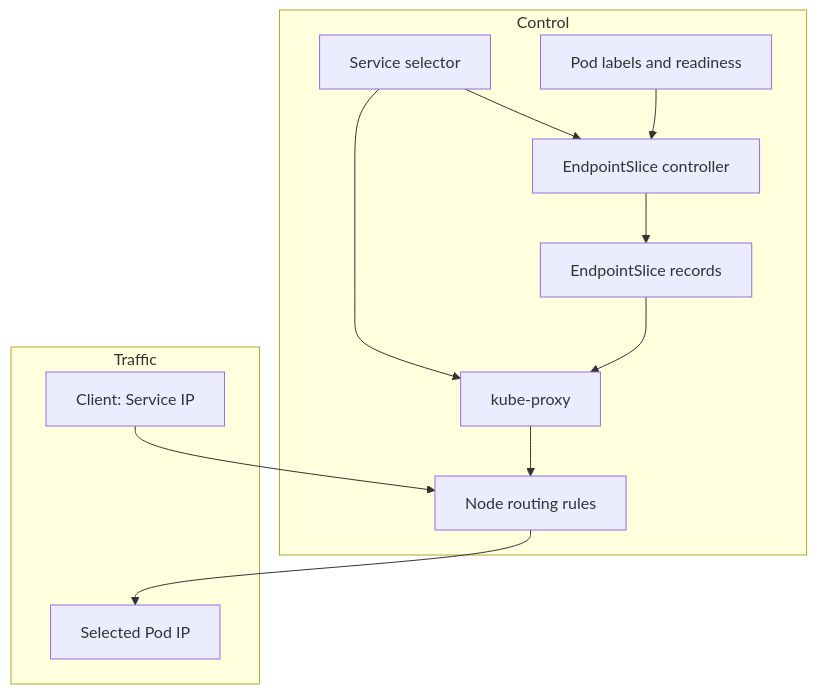
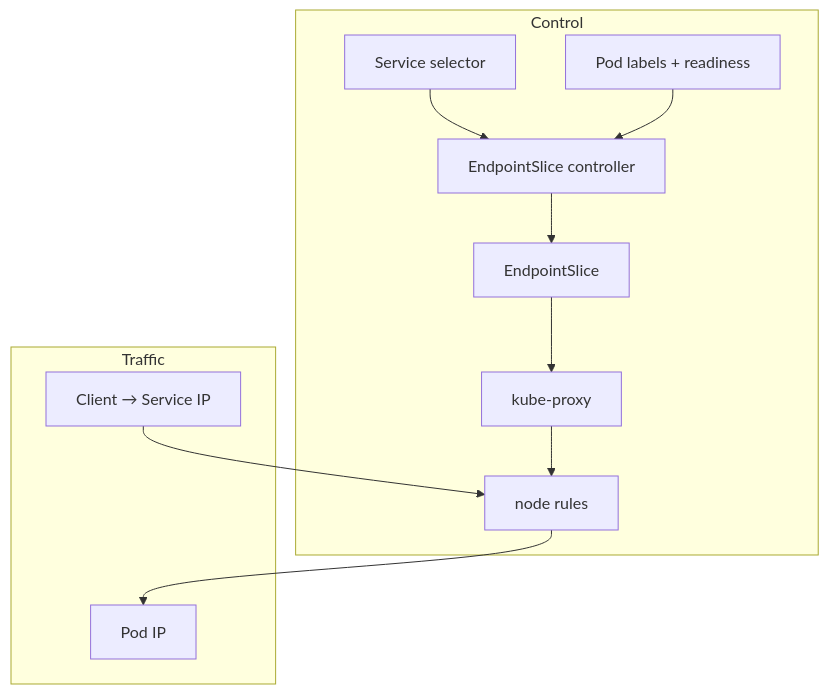
The diagram in docs/learn/networking/service-control-and-data-paths.md (darshan-raul/apollo11-docs), drawn with Mermaid before and after one commit. The commit also changed other lines of this file and 55 other files, not shown here.

````diff
--- a/docs/learn/networking/service-control-and-data-paths.md
+++ b/docs/learn/networking/service-control-and-data-paths.md
@@ -9,14 +20,12 @@
 ```mermaid
 flowchart TB
   subgraph Control
     S[Service selector] --> ESC[EndpointSlice controller]
-    P[Pod labels and readiness] --> ESC
-    ESC --> ES[EndpointSlice records]
-    S --> KP[kube-proxy]
-    ES --> KP
-    KP --> R[Node routing rules]
+    P[Pod labels + readiness] --> ESC
+    ESC --> ES[EndpointSlice]
+    ES --> KP[kube-proxy] --> R[node rules]
   end
   subgraph Traffic
-    C[Client: Service IP] --> R --> B[Selected Pod IP]
+    C[Client → Service IP] --> R --> B[Pod IP]
   end
 ```
````
